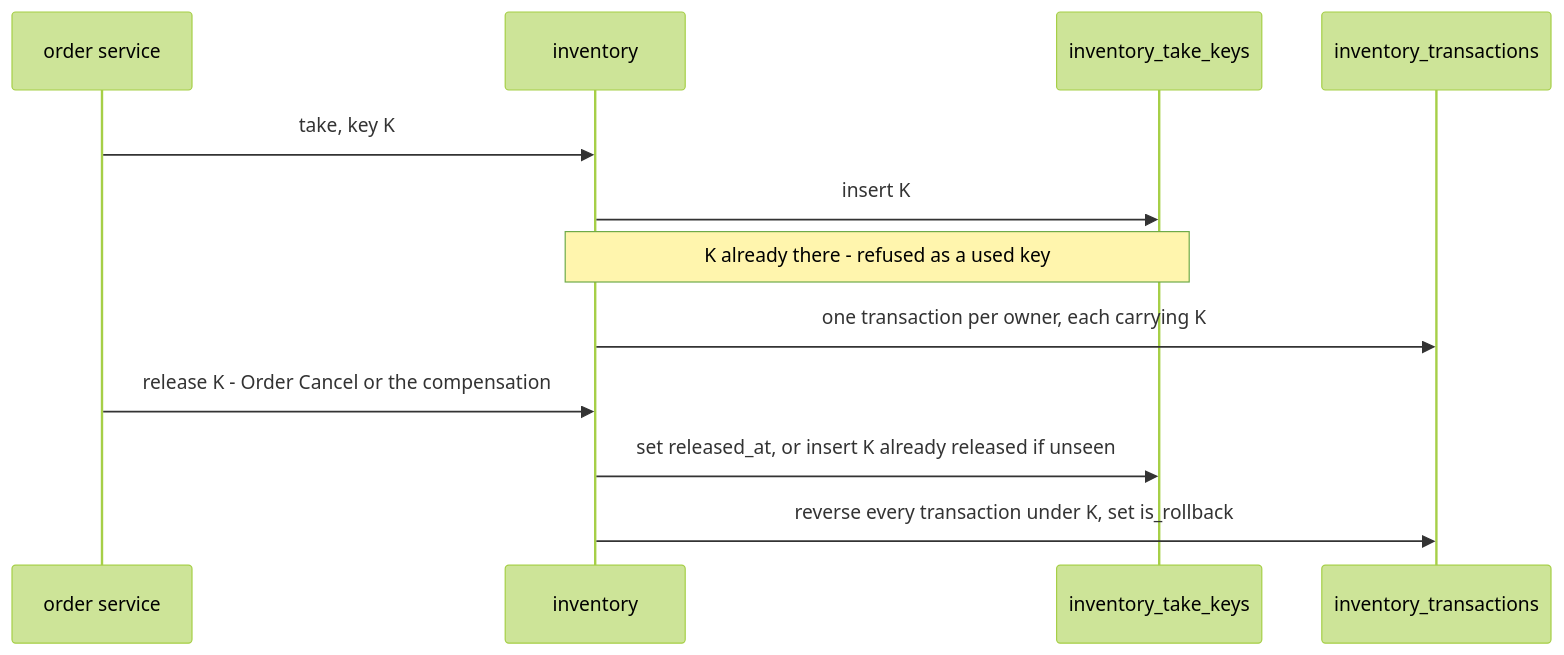
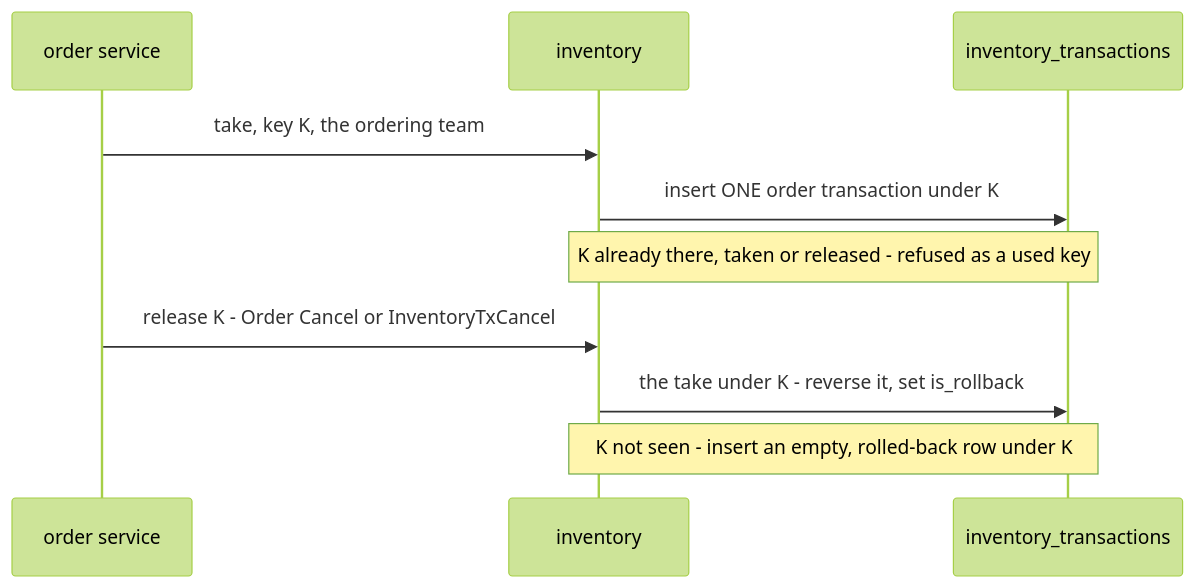
One commit to pdcgo/warehouse_revamp changed the third of 9 diagrams in docs/business/inventory/transaction_clarify.md. Above: the diagram before and after it, drawn with Mermaid (forest theme). The commit also changed other lines of this file and 13 other files, not shown here.

First line of the commit message:
docs(order,inventory): the stock take's checks, one key per submit, a duplicate ref warned, both teams named

````diff
--- a/docs/business/inventory/transaction_clarify.md
+++ b/docs/business/inventory/transaction_clarify.md
@@ -149,14 +157,12 @@
    ```mermaid
    sequenceDiagram
      participant O as order service
      participant I as inventory
-     participant K as inventory_take_keys
      participant T as inventory_transactions
-     O->>I: take, key K
-     I->>K: insert K
-     Note over I,K: K already there - refused as a used key
-     I->>T: one transaction per owner, each carrying K
-     O->>I: release K - Order Cancel or the compensation
-     I->>K: set released_at, or insert K already released if unseen
-     I->>T: reverse every transaction under K, set is_rollback
+     O->>I: take, key K, the ordering team
+     I->>T: insert ONE order transaction under K
+     Note over I,T: K already there, taken or released - refused as a used key
+     O->>I: release K - Order Cancel or InventoryTxCancel
+     I->>T: the take under K - reverse it, set is_rollback
+     Note over I,T: K not seen - insert an empty, rolled-back row under K
    ```
````
